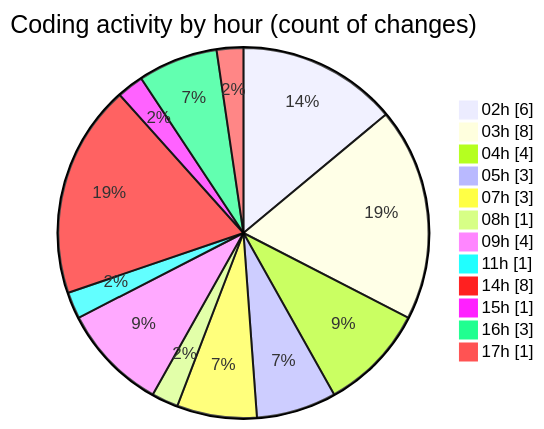
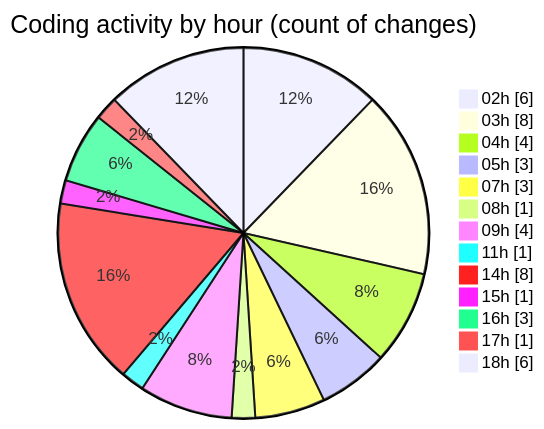
One commit to FelipKnott/code-tracking changed the second of 2 diagrams in 2025-07-03/cursor/README.md. Above: the diagram before and after it, drawn with Mermaid. The commit also changed other lines of this file and 1 other file, not shown here.

````diff
--- a/2025-07-03/cursor/README.md
+++ b/2025-07-03/cursor/README.md
@@ -37,16 +38,17 @@
 ```mermaid
 pie showData
 title Coding activity by hour (count of changes)
 "02h" : 6
 "03h" : 8
 "04h" : 4
 "05h" : 3
 "07h" : 3
 "08h" : 1
 "09h" : 4
 "11h" : 1
 "14h" : 8
 "15h" : 1
 "16h" : 3
 "17h" : 1
+"18h" : 6
 ```
````
